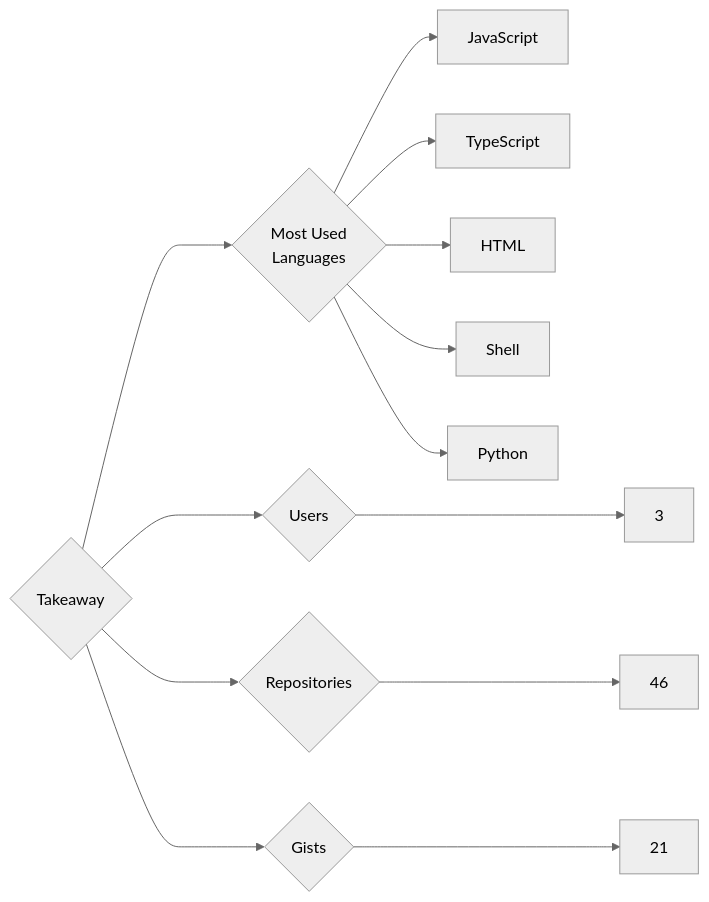
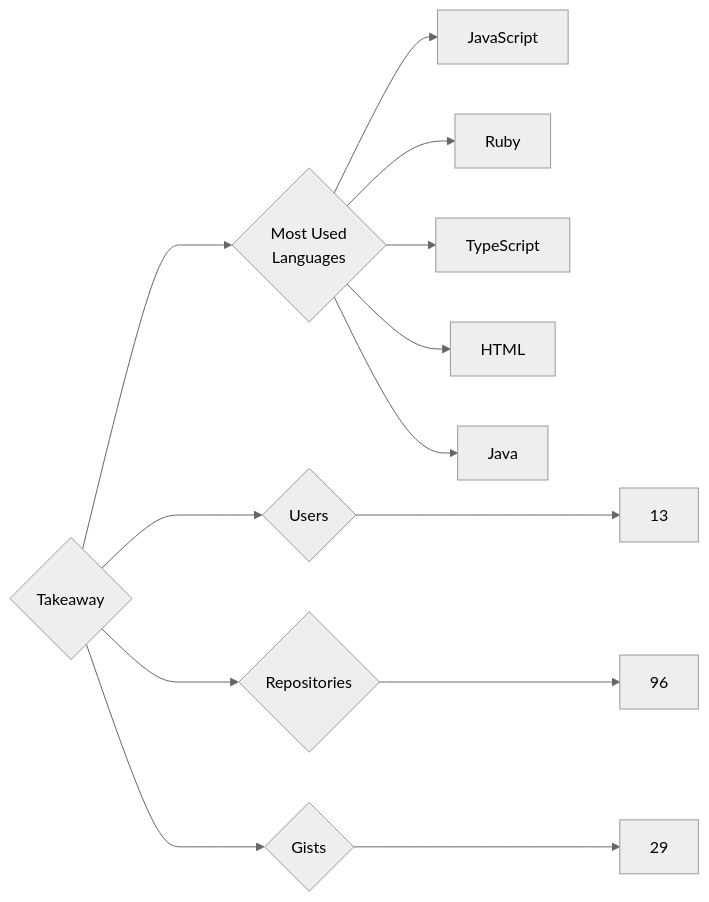
The diagram in targets/Takeaway/README.md (trickest/insiders), drawn with Mermaid (neutral theme) before and after one commit. The commit also changed 806 other files, not shown here.

````diff
--- a/targets/Takeaway/README.md
+++ b/targets/Takeaway/README.md
@@ -3,13 +3,13 @@
 ```mermaid
 graph LR
 COMPANY_NAME{Takeaway}
-COMPANY_NAME ---> U{Users} ---> UN[3]
-COMPANY_NAME ---> R{Repositories} ---> RN[46]
-COMPANY_NAME ---> G{Gists} ---> GN[21]
+COMPANY_NAME ---> U{Users} ---> UN[13]
+COMPANY_NAME ---> R{Repositories} ---> RN[96]
+COMPANY_NAME ---> G{Gists} ---> GN[29]
 COMPANY_NAME ---> ML{Most Used<br>Languages}
 ML --> JavaScript[JavaScript]
+ML --> Ruby[Ruby]
 ML --> TypeScript[TypeScript]
 ML --> HTML[HTML]
-ML --> Shell[Shell]
-ML --> Python[Python]
+ML --> Java[Java]
 ```
````
